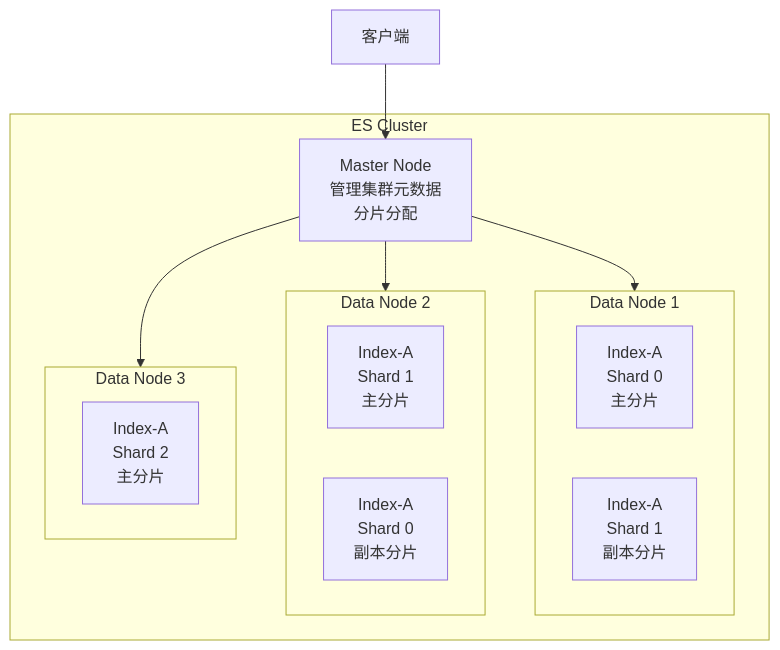
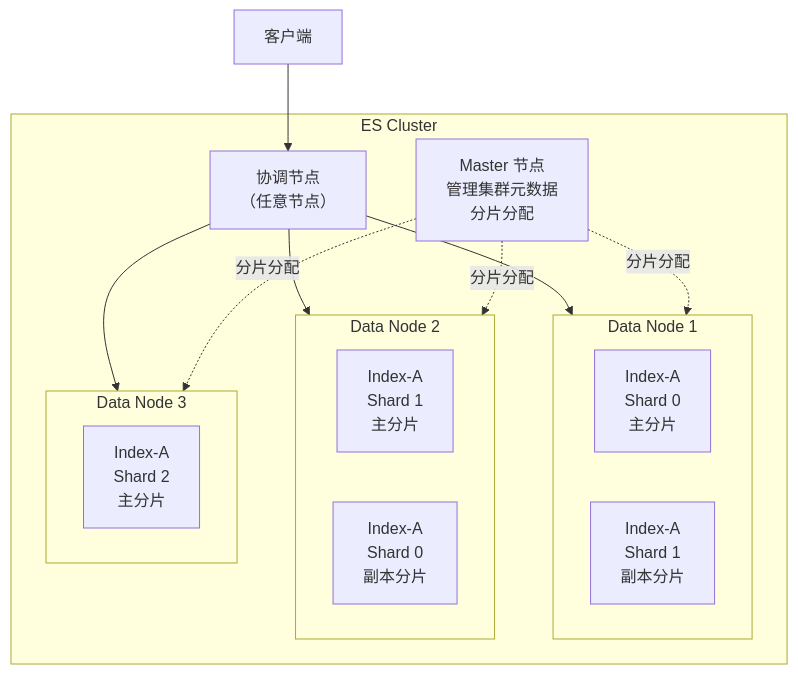
The diagram in docs/elasticsearch/05-distributed-internals/chapter-02-sharding.md (b1tzer/the-stack), drawn with Mermaid before and after one commit. The commit also changed other lines of this file and 6 other files, not shown here.

````diff
--- a/docs/elasticsearch/05-distributed-internals/chapter-02-sharding.md
+++ b/docs/elasticsearch/05-distributed-internals/chapter-02-sharding.md
@@ -10,25 +10,32 @@
 ```mermaid
 flowchart TB
+    Client["客户端"]
+
     subgraph ES Cluster
-        Master["Master Node<br>管理集群元数据<br>分片分配"]
+        Coord["协调节点<br>（任意节点）"]
+        Master["Master 节点<br>管理集群元数据<br>分片分配"]
 
         subgraph Node1["Data Node 1"]
             P0["Index-A<br>Shard 0<br>主分片"]
             R1["Index-A<br>Shard 1<br>副本分片"]
         end
 
         subgraph Node2["Data Node 2"]
             P1["Index-A<br>Shard 1<br>主分片"]
             R0["Index-A<br>Shard 0<br>副本分片"]
         end
 
         subgraph Node3["Data Node 3"]
             P2["Index-A<br>Shard 2<br>主分片"]
         end
     end
 
-    Client["客户端"] --> Master
-    Master --> Node1
-    Master --> Node2
-    Master --> Node3
+    Client --> Coord
+    Coord --> Node1
+    Coord --> Node2
+    Coord --> Node3
+
+    Master -.分片分配.-> Node1
+    Master -.分片分配.-> Node2
+    Master -.分片分配.-> Node3
 ```
````
